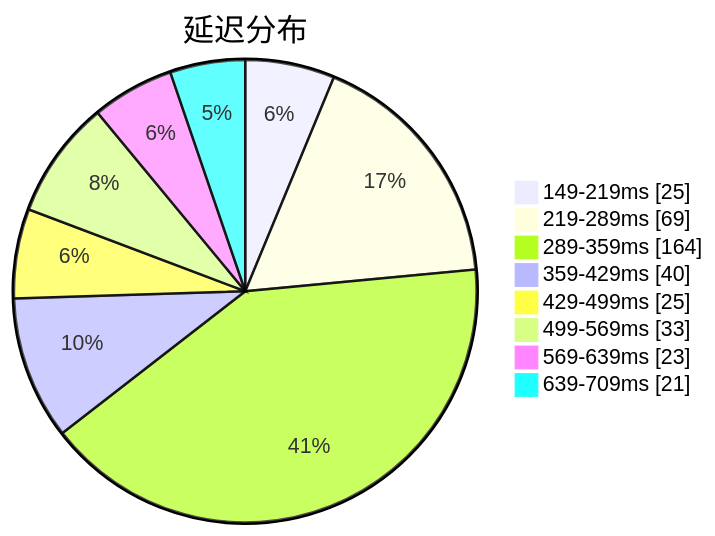
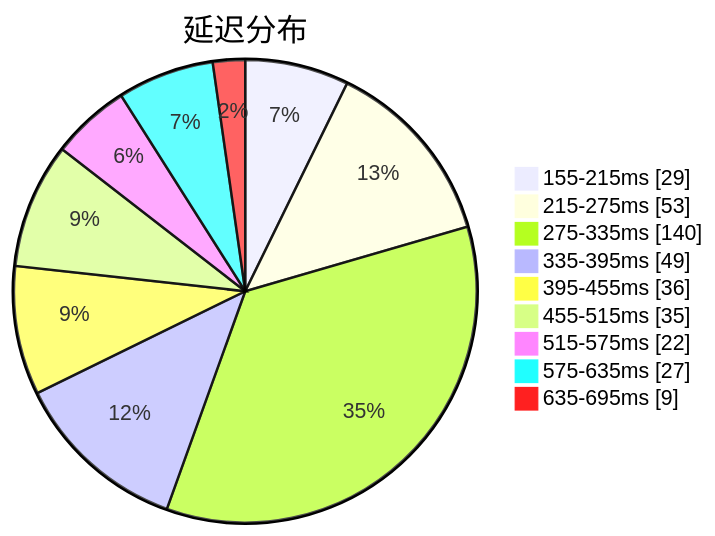
Before and after one commit to qjlxg/airport: the first of 3 diagrams in subs/statistics/tested_within.md, drawn with Mermaid. The commit also changed other lines of this file and 2 other files, not shown here.

Commit message:
Tested by metaST

````diff
--- a/subs/statistics/tested_within.md
+++ b/subs/statistics/tested_within.md
@@ -2,12 +2,13 @@
 ```mermaid
 pie showData
 title 延迟分布
-"149-219ms" : 25
-"219-289ms" : 69
-"289-359ms" : 164
-"359-429ms" : 40
-"429-499ms" : 25
-"499-569ms" : 33
-"569-639ms" : 23
-"639-709ms" : 21
+"155-215ms" : 29
+"215-275ms" : 53
+"275-335ms" : 140
+"335-395ms" : 49
+"395-455ms" : 36
+"455-515ms" : 35
+"515-575ms" : 22
+"575-635ms" : 27
+"635-695ms" : 9
 ```
````
